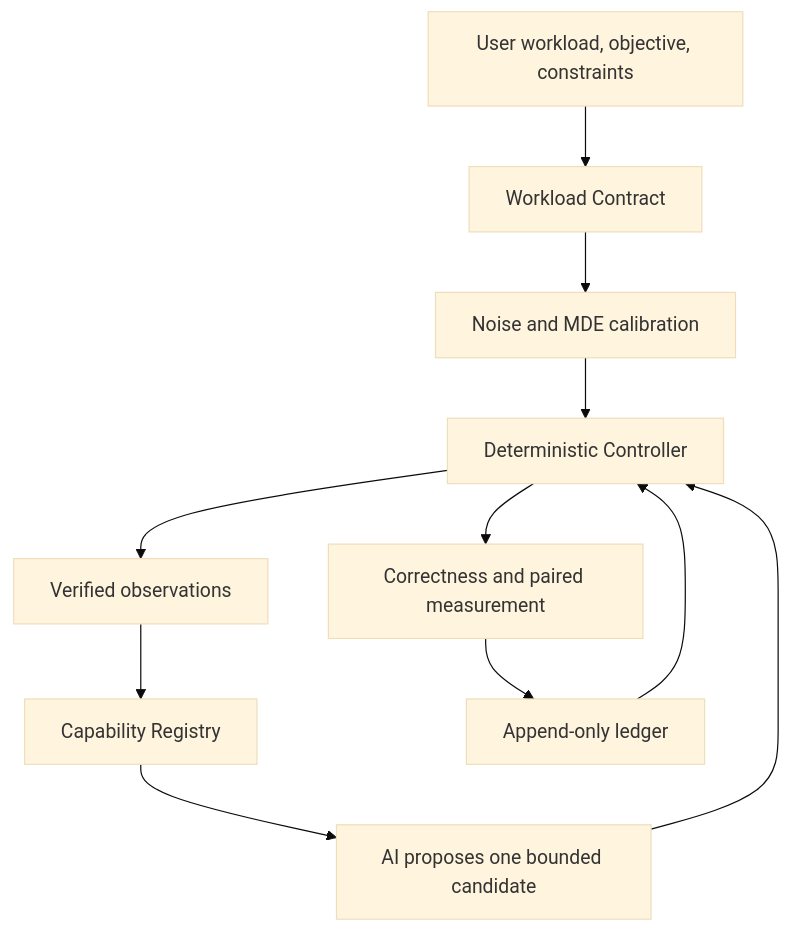
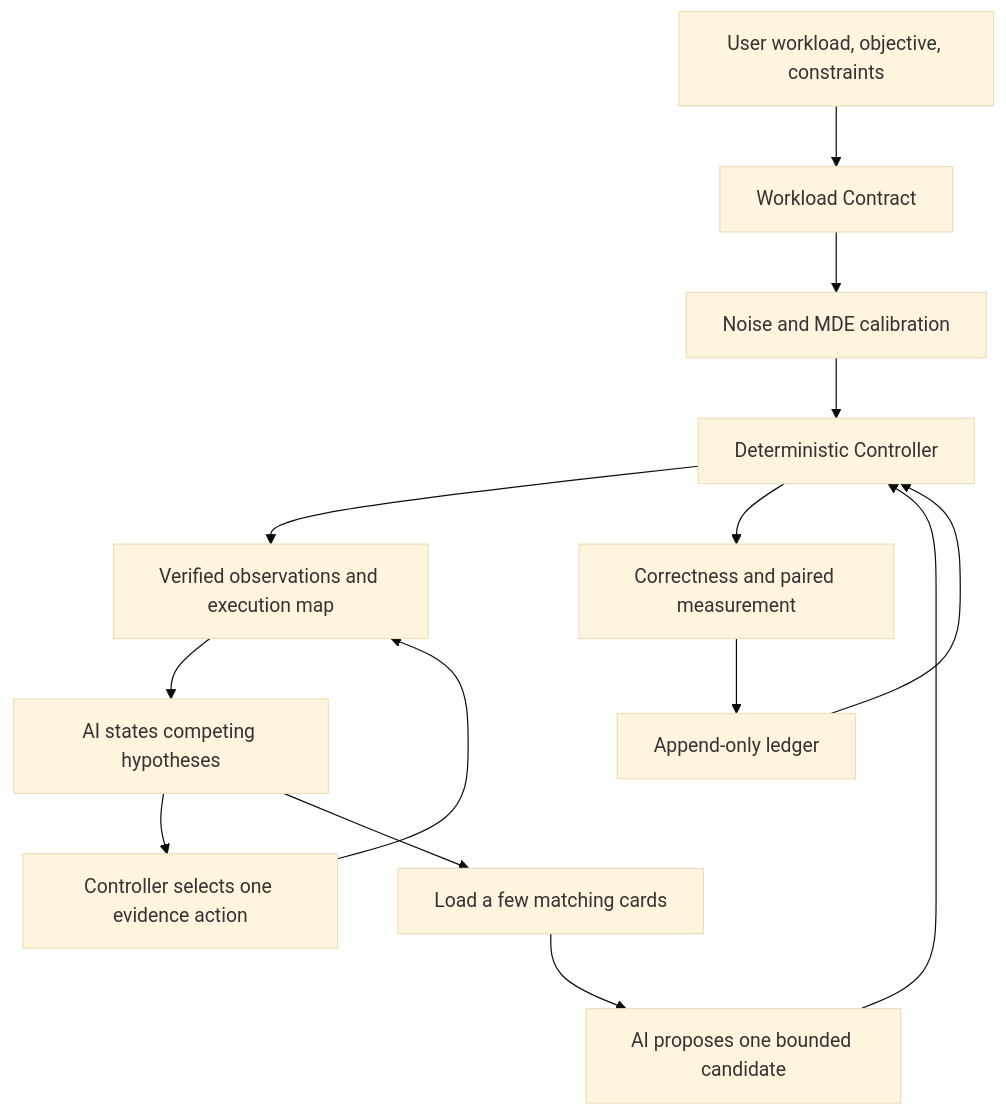
The diagram in docs/long-running-optimization.md (troycheng/cuda-optimized-skill), drawn with Mermaid (base theme) before and after one commit. The commit also changed other lines of this file and 10 other files, not shown here.

````diff
--- a/docs/long-running-optimization.md
+++ b/docs/long-running-optimization.md
@@ -9,13 +9,16 @@
 ```mermaid
 flowchart TD
     user["User workload, objective, constraints"] --> contract["Workload Contract"]
     contract --> calibration["Noise and MDE calibration"]
     calibration --> controller["Deterministic Controller"]
-    controller --> evidence["Verified observations"]
-    evidence --> registry["Capability Registry"]
-    registry --> planner["AI proposes one bounded candidate"]
-    planner --> controller
+    controller --> evidence["Verified observations and execution map"]
+    evidence --> planner["AI states competing hypotheses"]
+    planner --> selector["Controller selects one evidence action"]
+    selector --> evidence
+    planner --> registry["Load a few matching cards"]
+    registry --> candidate["AI proposes one bounded candidate"]
+    candidate --> controller
     controller --> measure["Correctness and paired measurement"]
     measure --> ledger["Append-only ledger"]
     ledger --> controller
 ```
````
